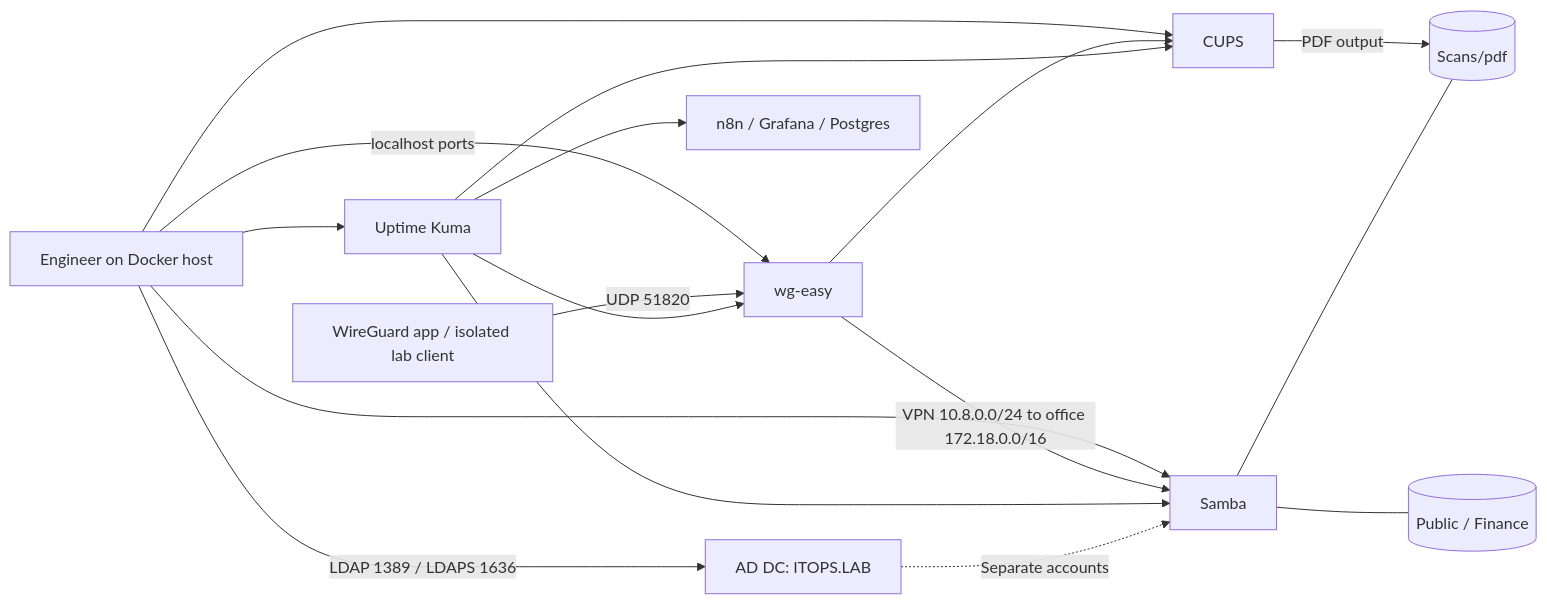
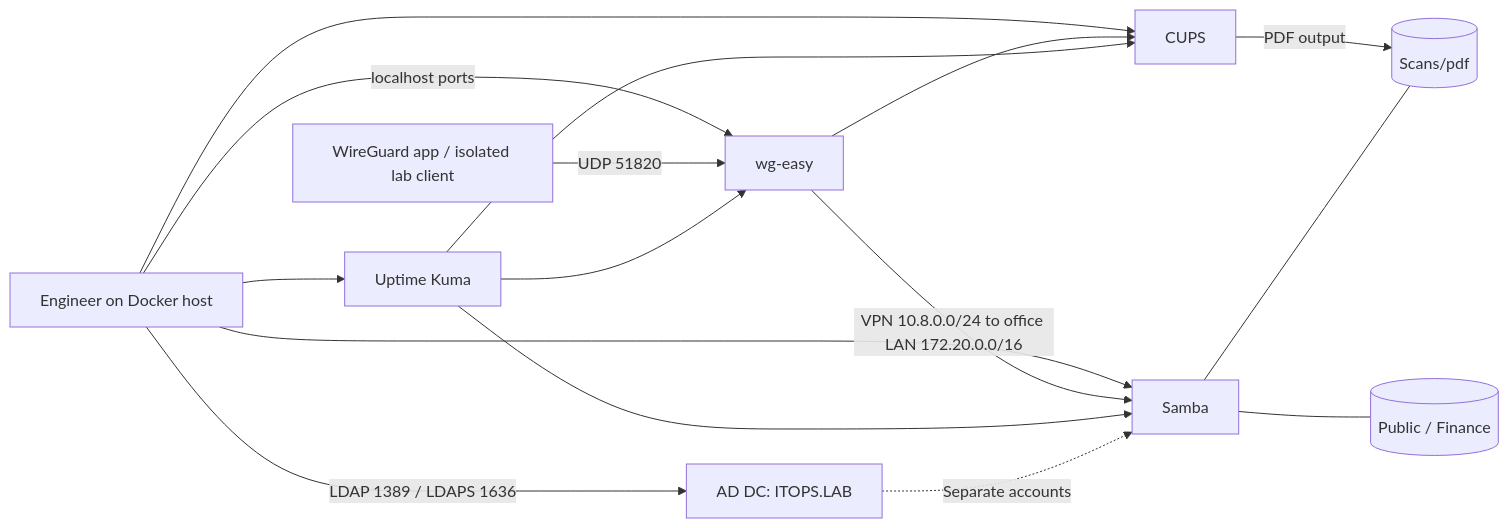
The diagram in docs/homelab-runbook.md (iamnajib71/it-support-homelab), drawn with Mermaid before and after one commit. The commit also changed other lines of this file and 45 other files, not shown here.

````diff
--- a/docs/homelab-runbook.md
+++ b/docs/homelab-runbook.md
@@ -21,19 +21,18 @@
 ```mermaid
 flowchart LR
   A[Engineer on Docker host] -->|localhost ports| W[wg-easy]
   A --> S[Samba]
   A --> P[CUPS]
   A --> K[Uptime Kuma]
   A -->|LDAP 1389 / LDAPS 1636| D[AD DC: ITOPS.LAB]
   V[WireGuard app / isolated lab client] -->|UDP 51820| W
-  W -->|VPN 10.8.0.0/24 to office 172.18.0.0/16| S
+  W -->|VPN 10.8.0.0/24 to office LAN 172.20.0.0/16| S
   W --> P
   P -->|PDF output| SC[(Scans/pdf)]
   S --- SC
   S --- F[(Public / Finance)]
-  K --> N[n8n / Grafana / Postgres]
   K --> S
   K --> P
   K --> W
   D -.->|Separate accounts| S
 ```
````
